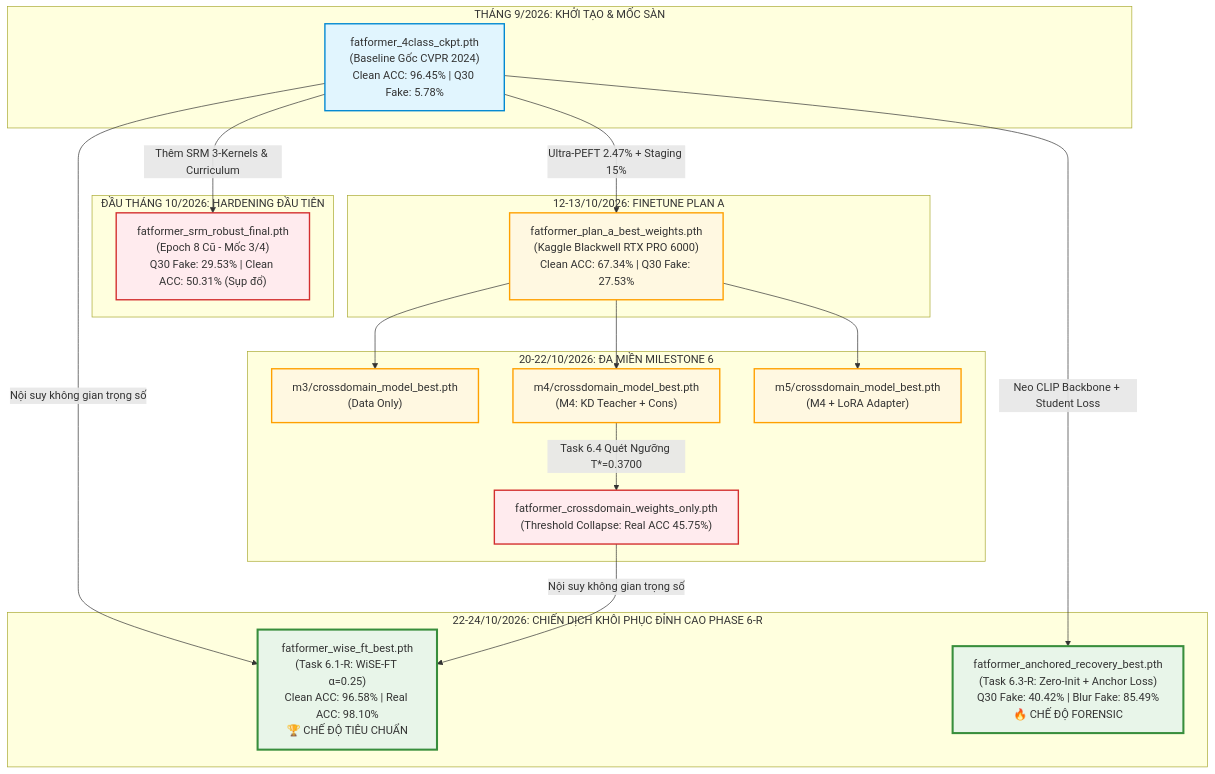
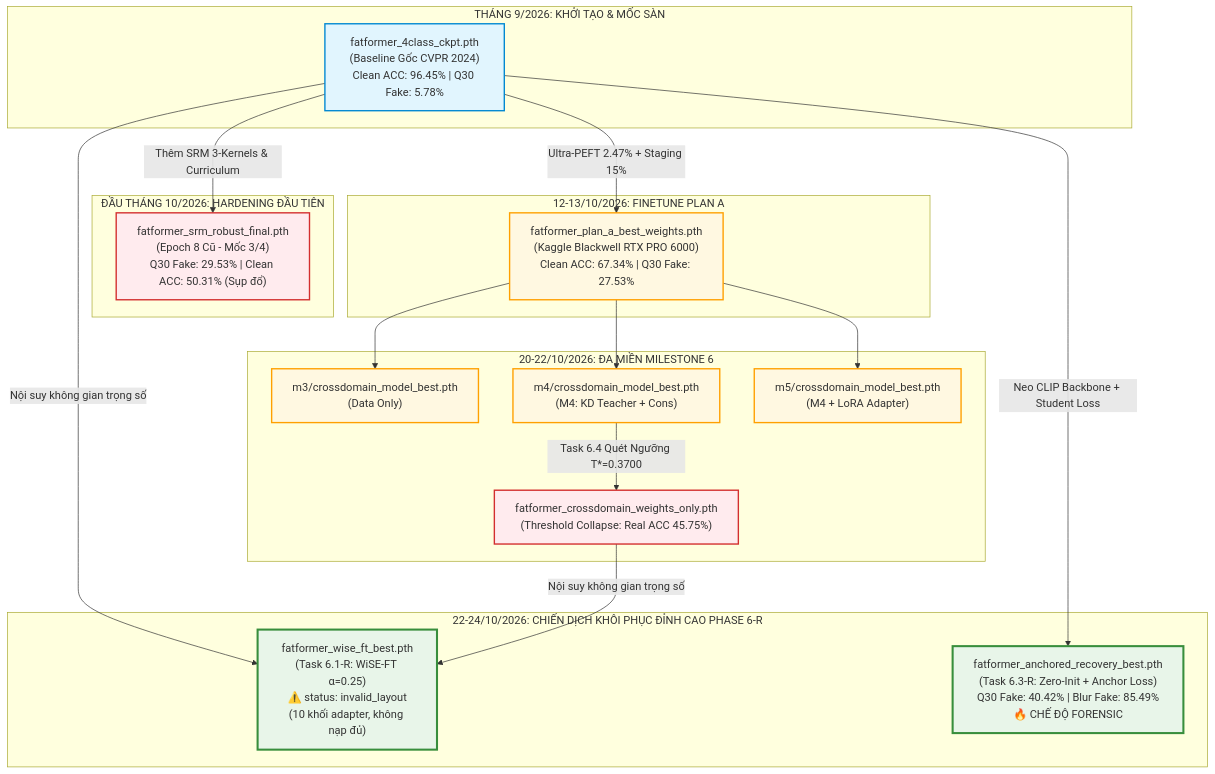
Before and after one commit to LeeVHoangtk3/fatformer-xla: the diagram in docs/plan/tong_hop_checkpoints_va_lich_su_thuc_nghiem.md, drawn with Mermaid. The commit also changed other lines of this file and 64 other files, not shown here.

````diff
--- a/docs/plan/tong_hop_checkpoints_va_lich_su_thuc_nghiem.md
+++ b/docs/plan/tong_hop_checkpoints_va_lich_su_thuc_nghiem.md
@@ -36,42 +39,42 @@
 ```mermaid
 flowchart TD
     subgraph G0["THÁNG 9/2026: KHỞI TẠO & MỐC SÀN"]
         CK0["fatformer_4class_ckpt.pth<br/>(Baseline Gốc CVPR 2024)<br/>Clean ACC: 96.45% | Q30 Fake: 5.78%"]
     end
 
     subgraph G1["ĐẦU THÁNG 10/2026: HARDENING ĐẦU TIÊN"]
         CK1["fatformer_srm_robust_final.pth<br/>(Epoch 8 Cũ - Mốc 3/4)<br/>Q30 Fake: 29.53% | Clean ACC: 50.31% (Sụp đổ)"]
         CK0 -->|"Thêm SRM 3-Kernels & Curriculum"| CK1
     end
 
     subgraph G2["12-13/10/2026: FINETUNE PLAN A"]
         CK2["fatformer_plan_a_best_weights.pth<br/>(Kaggle Blackwell RTX PRO 6000)<br/>Clean ACC: 67.34% | Q30 Fake: 27.53%"]
         CK0 -->|"Ultra-PEFT 2.47% + Staging 15%"| CK2
     end
 
     subgraph G3["20-22/10/2026: ĐA MIỀN MILESTONE 6"]
         M3["m3/crossdomain_model_best.pth<br/>(Data Only)"]
         M4["m4/crossdomain_model_best.pth<br/>(M4: KD Teacher + Cons)"]
         M5["m5/crossdomain_model_best.pth<br/>(M4 + LoRA Adapter)"]
         CK2 --> M3 & M4 & M5
         M4 -->|"Task 6.4 Quét Ngưỡng T*=0.3700"| M4_FALLBACK["fatformer_crossdomain_weights_only.pth<br/>(Threshold Collapse: Real ACC 45.75%)"]
     end
 
     subgraph G4["22-24/10/2026: CHIẾN DỊCH KHÔI PHỤC ĐỈNH CAO PHASE 6-R"]
-        WISE["fatformer_wise_ft_best.pth<br/>(Task 6.1-R: WiSE-FT α=0.25)<br/>Clean ACC: 96.58% | Real ACC: 98.10%<br/>🏆 CHẾ ĐỘ TIÊU CHUẨN"]
+        WISE["fatformer_wise_ft_best.pth<br/>(Task 6.1-R: WiSE-FT α=0.25)<br/>⚠️ status: invalid_layout<br/>(10 khối adapter, không nạp đủ)"]
         ANCH["fatformer_anchored_recovery_best.pth<br/>(Task 6.3-R: Zero-Init + Anchor Loss)<br/>Q30 Fake: 40.42% | Blur Fake: 85.49%<br/>🔥 CHẾ ĐỘ FORENSIC"]
         
         CK0 & M4_FALLBACK -->|"Nội suy không gian trọng số"| WISE
         CK0 -->|"Neo CLIP Backbone + Student Loss"| ANCH
     end
 
     classDef baseline fill:#e1f5fe,stroke:#0288d1,stroke-width:2px;
     classDef fail fill:#ffebee,stroke:#d32f2f,stroke-width:2px;
     classDef intermediate fill:#fff8e1,stroke:#ffa000,stroke-width:2px;
     classDef success fill:#e8f5e9,stroke:#388e3c,stroke-width:3px;
 
     class CK0 baseline;
     class CK1,M4_FALLBACK fail;
     class CK2,M3,M4,M5 intermediate;
     class WISE,ANCH success;
 ```
````
